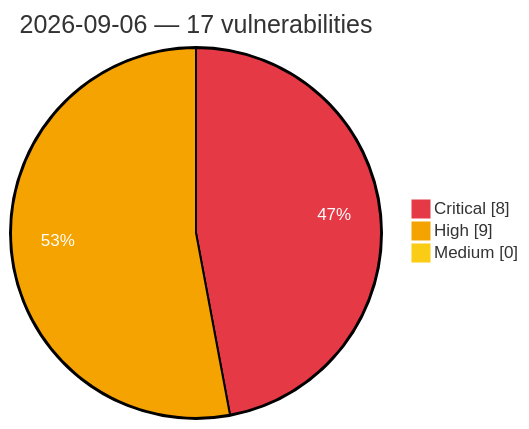
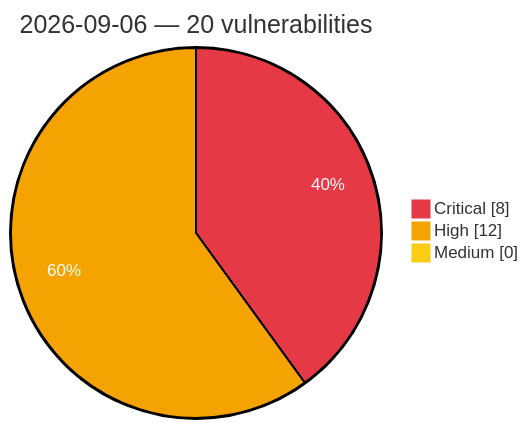
One commit to GhostX0X/vuln-tracker changed the diagram in vulnerabilities/2026/September/2026-09-06.md. Above: the diagram before and after it, drawn with Mermaid. The commit also changed other lines of this file and 5 other files, not shown here.

````diff
--- a/vulnerabilities/2026/September/2026-09-06.md
+++ b/vulnerabilities/2026/September/2026-09-06.md
@@ -3,8 +3,8 @@
 ```mermaid
 %%{init: {'theme':'base', 'themeVariables': {'pie1':'#e63946', 'pie2':'#f4a300', 'pie3':'#facc15', 'pieOpacity':'1', 'pieOuterStrokeWidth':'2px', 'pieSectionTextColor':'#ffffff'}}}%%
 pie showData
-    title 2026-09-06 — 17 vulnerabilities
+    title 2026-09-06 — 20 vulnerabilities
     "Critical" : 8
-    "High" : 9
+    "High" : 12
     "Medium" : 0
 ```
````
